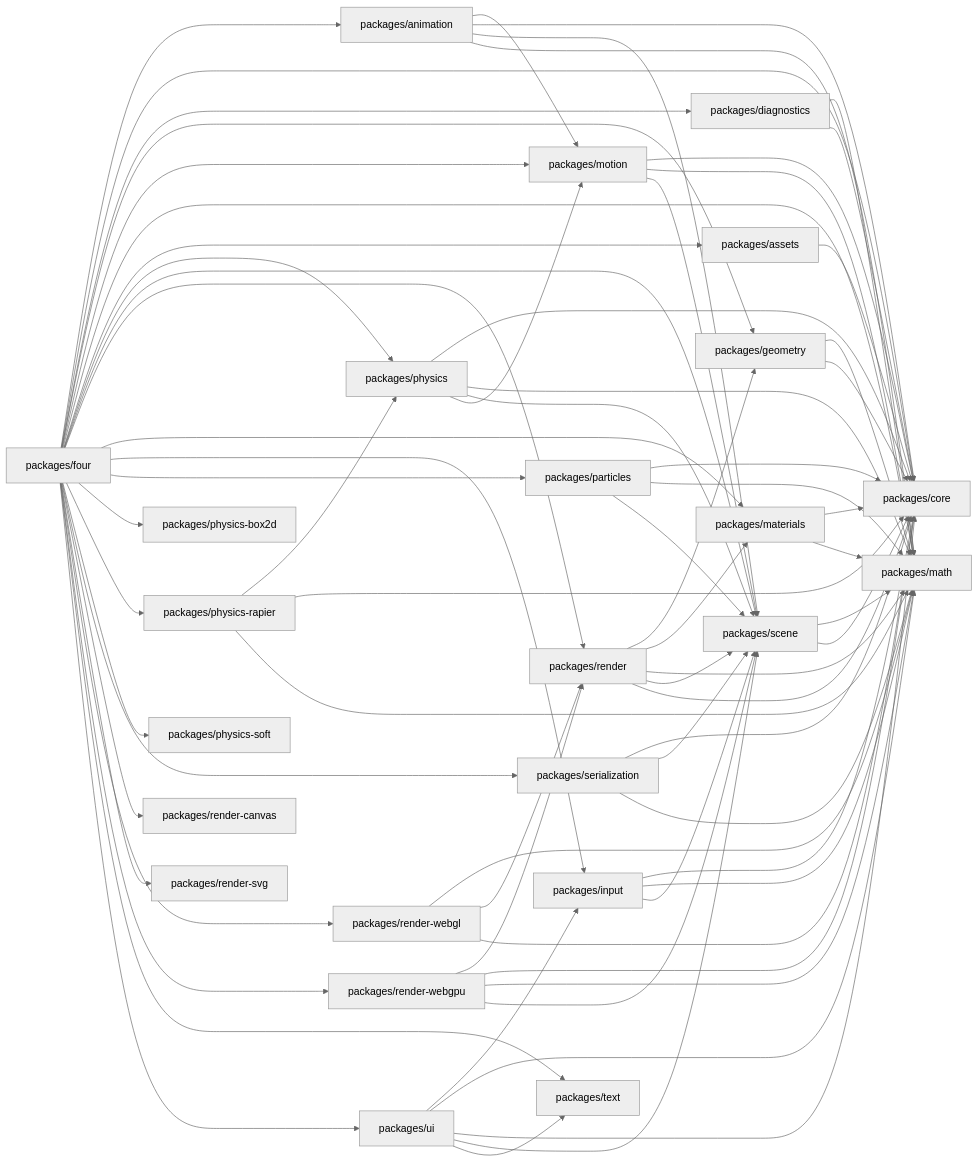
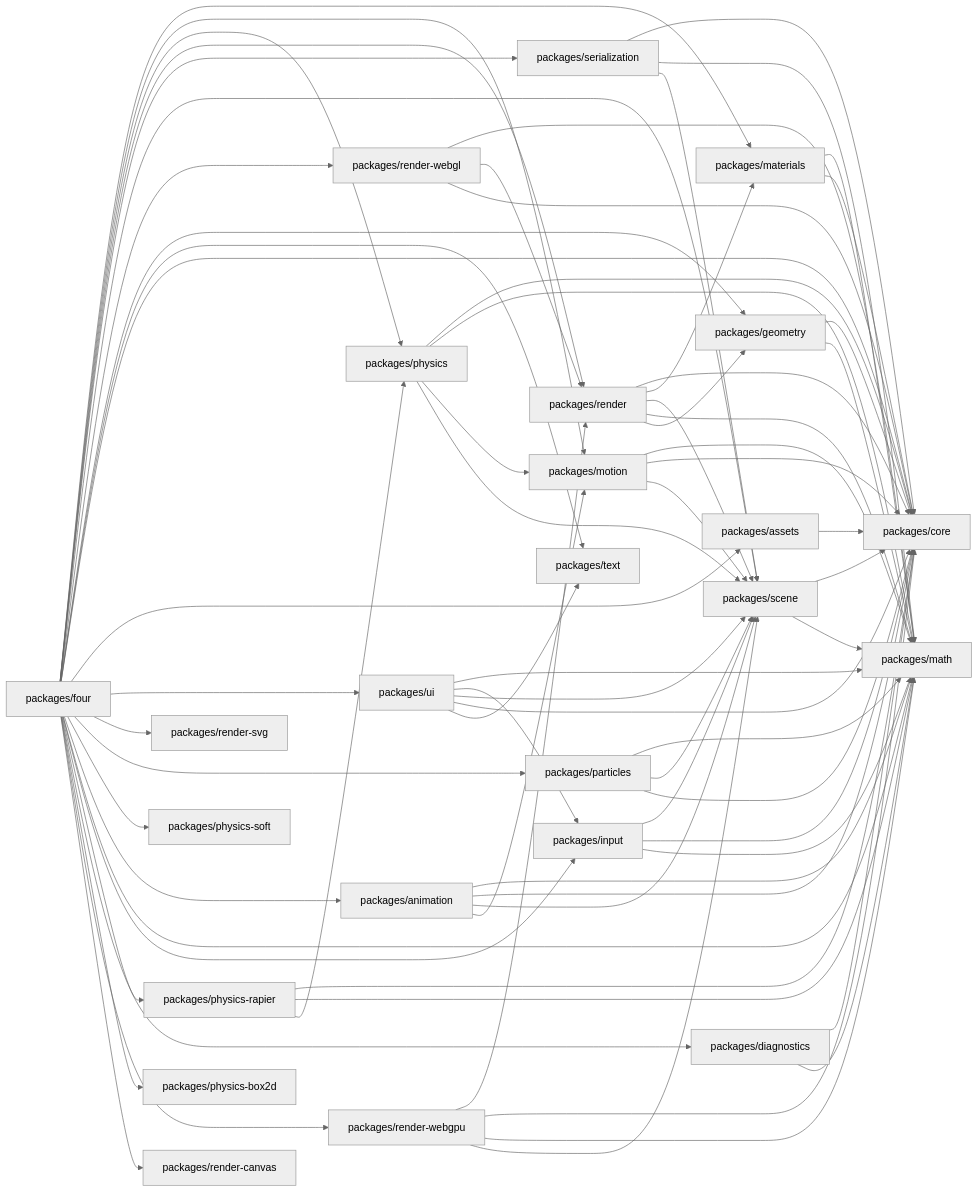
Before and after one commit to danielsimonjr/four.js: the first of 2 diagrams in docs/Architecture/DEPENDENCY_GRAPH.md, drawn with Mermaid (neutral theme). The commit also changed other lines of this file and 68 other files, not shown here.

Commit message:
Open-TODO subagent pass: diagnostics, trails, render-list, Windows gate (#74)

````diff
--- a/docs/Architecture/DEPENDENCY_GRAPH.md
+++ b/docs/Architecture/DEPENDENCY_GRAPH.md
@@ -108,99 +108,99 @@
 ```mermaid
 graph LR
-    P0[packages/animation]
-    P1[packages/assets]
-    P2[packages/core]
-    P3[packages/diagnostics]
-    P4[packages/four]
-    P5[packages/geometry]
-    P6[packages/input]
-    P7[packages/materials]
-    P8[packages/math]
-    P9[packages/motion]
-    P10[packages/particles]
-    P11[packages/physics]
-    P12[packages/physics-box2d]
-    P13[packages/physics-rapier]
-    P14[packages/physics-soft]
-    P15[packages/render]
-    P16[packages/render-canvas]
-    P17[packages/render-svg]
-    P18[packages/render-webgl]
-    P19[packages/render-webgpu]
-    P20[packages/scene]
-    P21[packages/serialization]
-    P22[packages/text]
-    P23[packages/ui]
-    P0 --> P9
+    P0[packages/render-webgpu]
+    P1[packages/text]
+    P2[packages/math]
+    P3[packages/ui]
+    P4[packages/serialization]
+    P5[packages/render-webgl]
+    P6[packages/physics-box2d]
+    P7[packages/core]
+    P8[packages/scene]
+    P9[packages/assets]
+    P10[packages/four]
+    P11[packages/render]
+    P12[packages/physics]
+    P13[packages/geometry]
+    P14[packages/materials]
+    P15[packages/render-canvas]
+    P16[packages/particles]
+    P17[packages/diagnostics]
+    P18[packages/physics-soft]
+    P19[packages/input]
+    P20[packages/animation]
+    P21[packages/render-svg]
+    P22[packages/motion]
+    P23[packages/physics-rapier]
+    P0 --> P11
+    P0 --> P7
     P0 --> P2
-    P0 --> P20
     P0 --> P8
-    P1 --> P2
+    P3 --> P2
+    P3 --> P19
     P3 --> P8
-    P3 --> P2
-    P4 --> P0
+    P3 --> P7
+    P3 --> P1
+    P4 --> P7
     P4 --> P2
-    P4 --> P3
-    P4 --> P5
-    P4 --> P9
     P4 --> P8
-    P4 --> P1
-    P4 --> P11
-    P4 --> P20
-    P4 --> P15
-    P4 --> P7
-    P4 --> P6
-    P4 --> P10
-    P4 --> P12
-    P4 --> P13
-    P4 --> P14
-    P4 --> P21
-    P4 --> P16
-    P4 --> P17
-    P4 --> P18
-    P4 --> P19
-    P4 --> P22
-    P4 --> P23
-    P5 --> P8
     P5 --> P2
-    P6 --> P2
-    P6 --> P8
-    P6 --> P20
-    P7 --> P2
-    P7 --> P8
-    P9 --> P2
-    P9 --> P8
-    P9 --> P20
+    P5 --> P11
+    P5 --> P7
+    P8 --> P7
+    P8 --> P2
+    P9 --> P7
+    P10 --> P14
+    P10 --> P22
+    P10 --> P12
+    P10 --> P11
+    P10 --> P4
+    P10 --> P8
+    P10 --> P5
+    P10 --> P13
+    P10 --> P1
+    P10 --> P7
+    P10 --> P9
+    P10 --> P3
+    P10 --> P21
+    P10 --> P16
+    P10 --> P18
+    P10 --> P20
     P10 --> P2
-    P10 --> P8
-    P10 --> P20
+    P10 --> P19
+    P10 --> P23
+    P10 --> P17
+    P10 --> P6
+    P10 --> P0
+    P10 --> P15
+    P11 --> P7
+    P11 --> P14
+    P11 --> P8
     P11 --> P2
-    P11 --> P8
-    P11 --> P20
-    P11 --> P9
-    P13 --> P11
+    P11 --> P13
+    P12 --> P7
+    P12 --> P2
+    P12 --> P22
+    P12 --> P8
+    P13 --> P7
     P13 --> P2
-    P13 --> P8
-    P15 --> P5
-    P15 --> P7
-    P15 --> P8
-    P15 --> P20
-    P15 --> P2
-    P18 --> P8
-    P18 --> P15
-    P18 --> P2
-    P19 --> P15
+    P14 --> P2
+    P14 --> P7
+    P16 --> P2
+    P16 --> P8
+    P16 --> P7
+    P17 --> P7
+    P17 --> P2
+    P19 --> P8
+    P19 --> P7
     P19 --> P2
-    P19 --> P8
-    P19 --> P20
+    P20 --> P2
+    P20 --> P7
     P20 --> P8
-    P20 --> P2
-    P21 --> P2
-    P21 --> P20
-    P21 --> P8
-    P23 --> P6
-    P23 --> P8
+    P20 --> P22
+    P22 --> P2
+    P22 --> P7
+    P22 --> P8
+    P23 --> P7
     P23 --> P2
-    P23 --> P20
-    P23 --> P22
+    P23 --> P12
 ```
````
